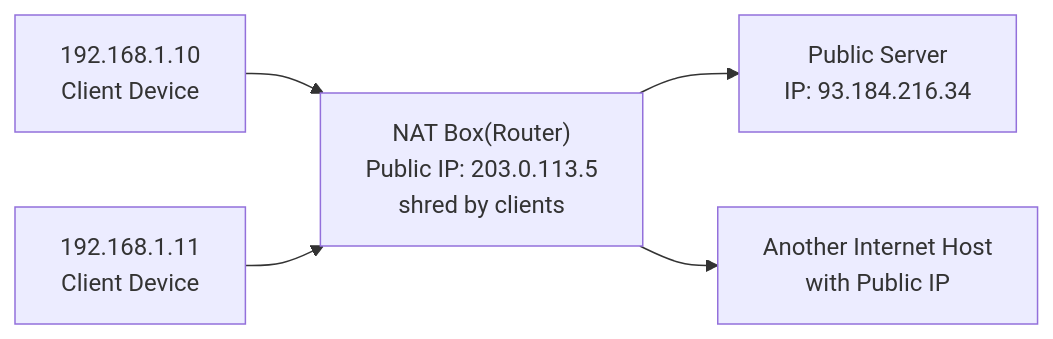
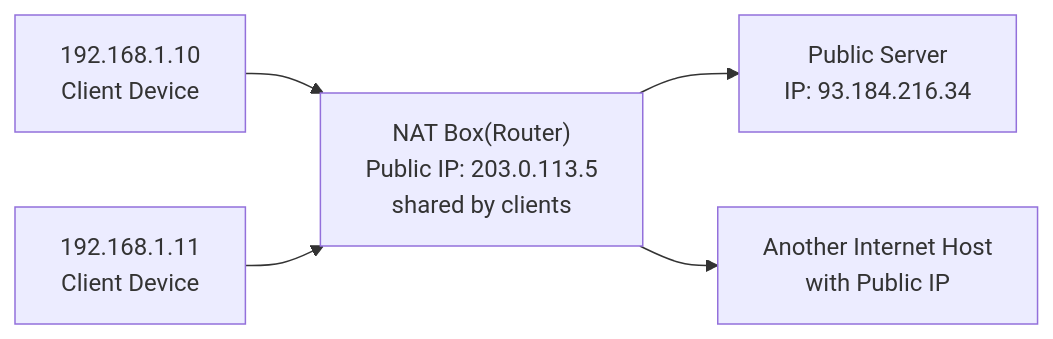
The first of 3 diagrams in docs/linux/linux-networking/nat1.md (alohamujeeb/alohamujeeb.github.io), drawn with Mermaid before and after one commit.

Commit message:
goroutine updated

````diff
--- a/docs/linux/linux-networking/nat1.md
+++ b/docs/linux/linux-networking/nat1.md
@@ -11,13 +11,13 @@
 ```mermaid
 flowchart LR
     C1["192.168.1.10<br/>Client Device"]
     C2["192.168.1.11<br/>Client Device"]
-    NAT["NAT Box(Router)<br/>Public IP: 203.0.113.5<br/>shred by clients"]
+    NAT["NAT Box(Router)<br/>Public IP: 203.0.113.5<br/>shared by clients"]
     S1["Public Server<br/>IP: 93.184.216.34"]
     S2["Another Internet Host<br/> with Public IP"]
 
     C1 --> NAT
     C2 --> NAT
     NAT --> S1
     NAT --> S2
 ```
````
